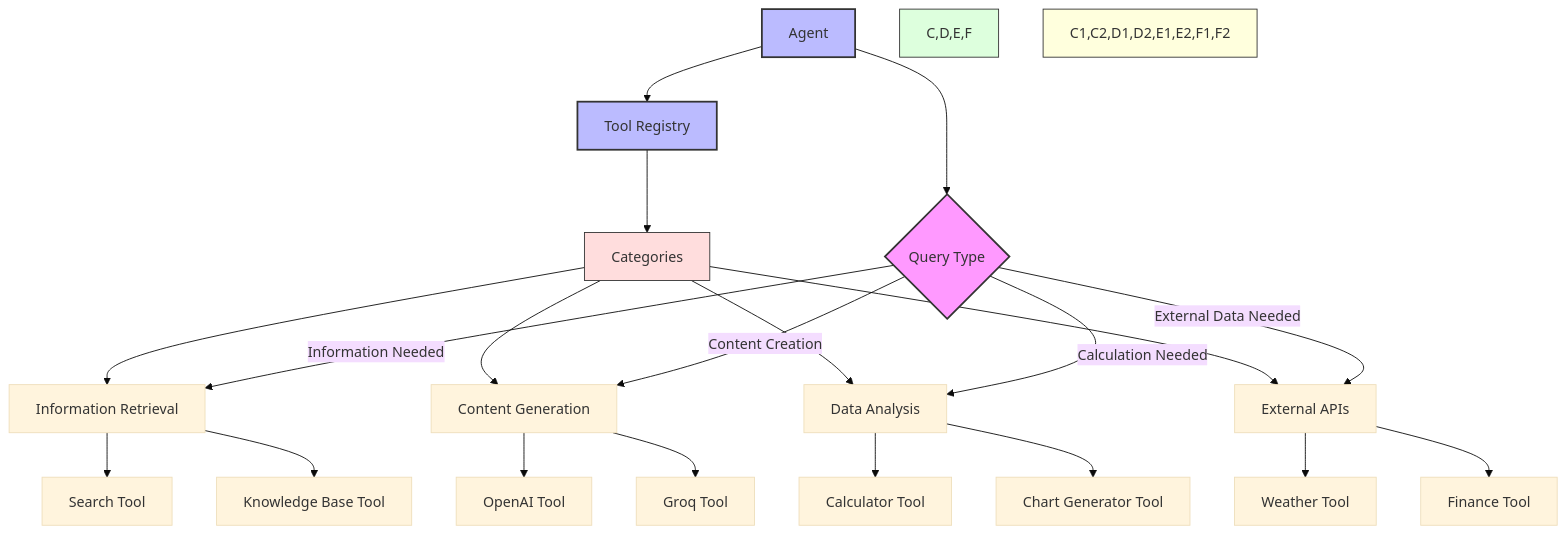
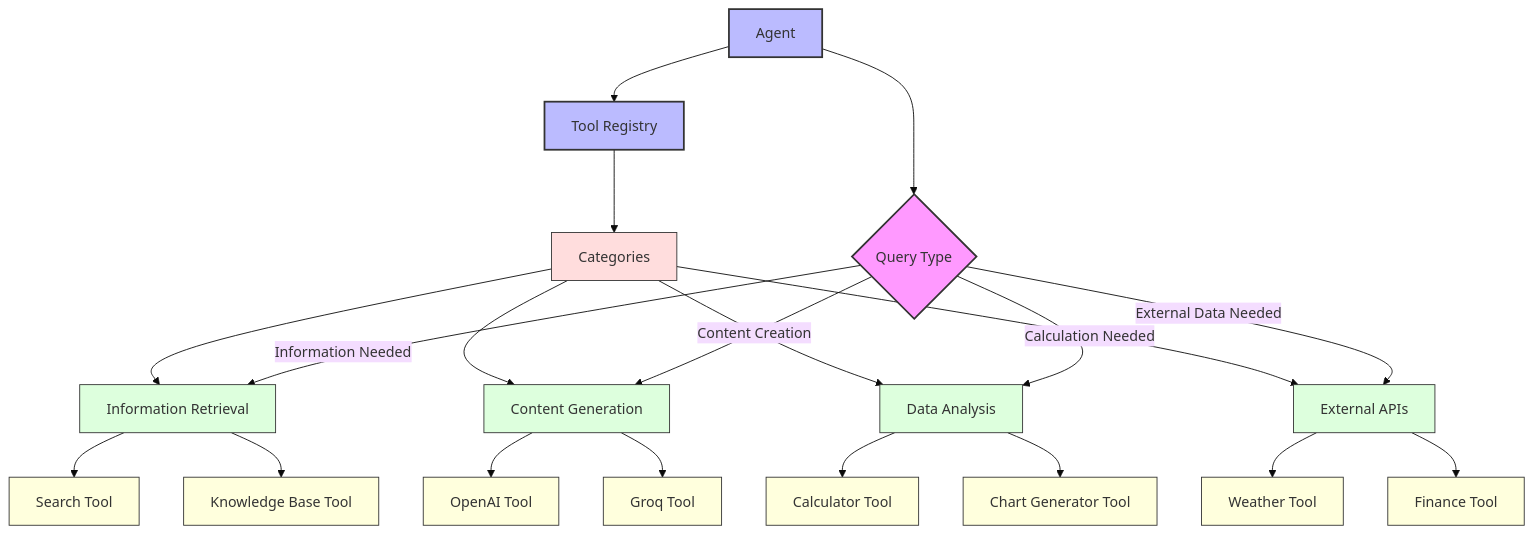
The fifth of 5 diagrams in module6/diagrams/tool_registry.md (amlanacharya/Agent), drawn with Mermaid (base theme) before and after one commit. The commit also changed other lines of this file and 2 other files, not shown here.

````diff
--- a/module6/diagrams/tool_registry.md
+++ b/module6/diagrams/tool_registry.md
@@ -124,36 +127,41 @@
 ```mermaid
 flowchart TD
     A[Tool Registry] --> B[Categories]
 
     B --> C[Information Retrieval]
     B --> D[Content Generation]
     B --> E[Data Analysis]
     B --> F[External APIs]
 
     C --> C1[Search Tool]
     C --> C2[Knowledge Base Tool]
 
     D --> D1[OpenAI Tool]
     D --> D2[Groq Tool]
 
     E --> E1[Calculator Tool]
     E --> E2[Chart Generator Tool]
 
     F --> F1[Weather Tool]
     F --> F2[Finance Tool]
 
     G[Agent] --> A
     G --> H{Query Type}
 
     H -->|Information Needed| C
     H -->|Content Creation| D
     H -->|Calculation Needed| E
     H -->|External Data Needed| F
 
-    style A fill:#bbf,stroke:#333,stroke-width:2px
-    style B fill:#fdd,stroke:#333,stroke-width:1px
-    style C,D,E,F fill:#dfd,stroke:#333,stroke-width:1px
-    style C1,C2,D1,D2,E1,E2,F1,F2 fill:#ffd,stroke:#333,stroke-width:1px
-    style G fill:#bbf,stroke:#333,stroke-width:2px
-    style H fill:#f9f,stroke:#333,stroke-width:2px
+    classDef registryNode fill:#bbf,stroke:#333,stroke-width:2px;
+    classDef categoryNode fill:#fdd,stroke:#333,stroke-width:1px;
+    classDef toolTypeNode fill:#dfd,stroke:#333,stroke-width:1px;
+    classDef toolNode fill:#ffd,stroke:#333,stroke-width:1px;
+    classDef queryNode fill:#f9f,stroke:#333,stroke-width:2px;
+
+    class A,G registryNode;
+    class B categoryNode;
+    class C,D,E,F toolTypeNode;
+    class C1,C2,D1,D2,E1,E2,F1,F2 toolNode;
+    class H queryNode;
 ```
````
